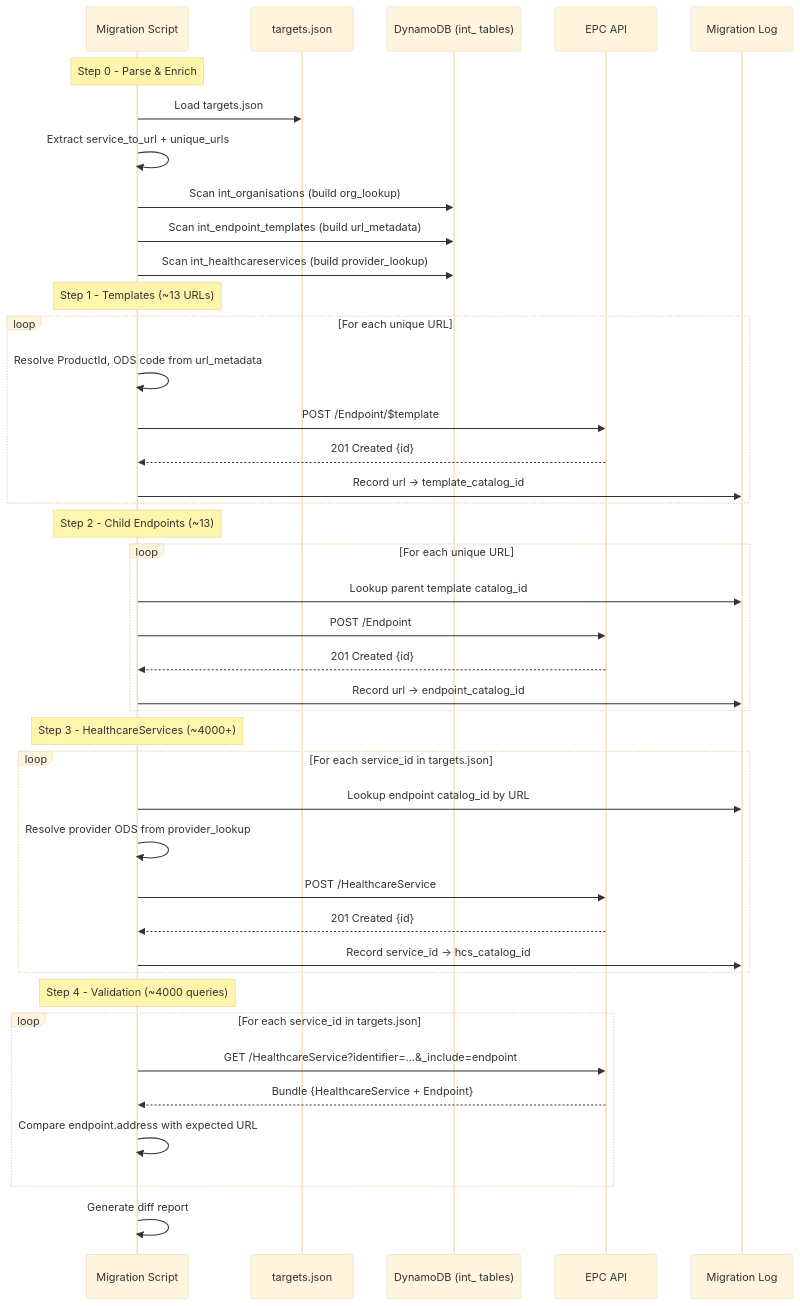
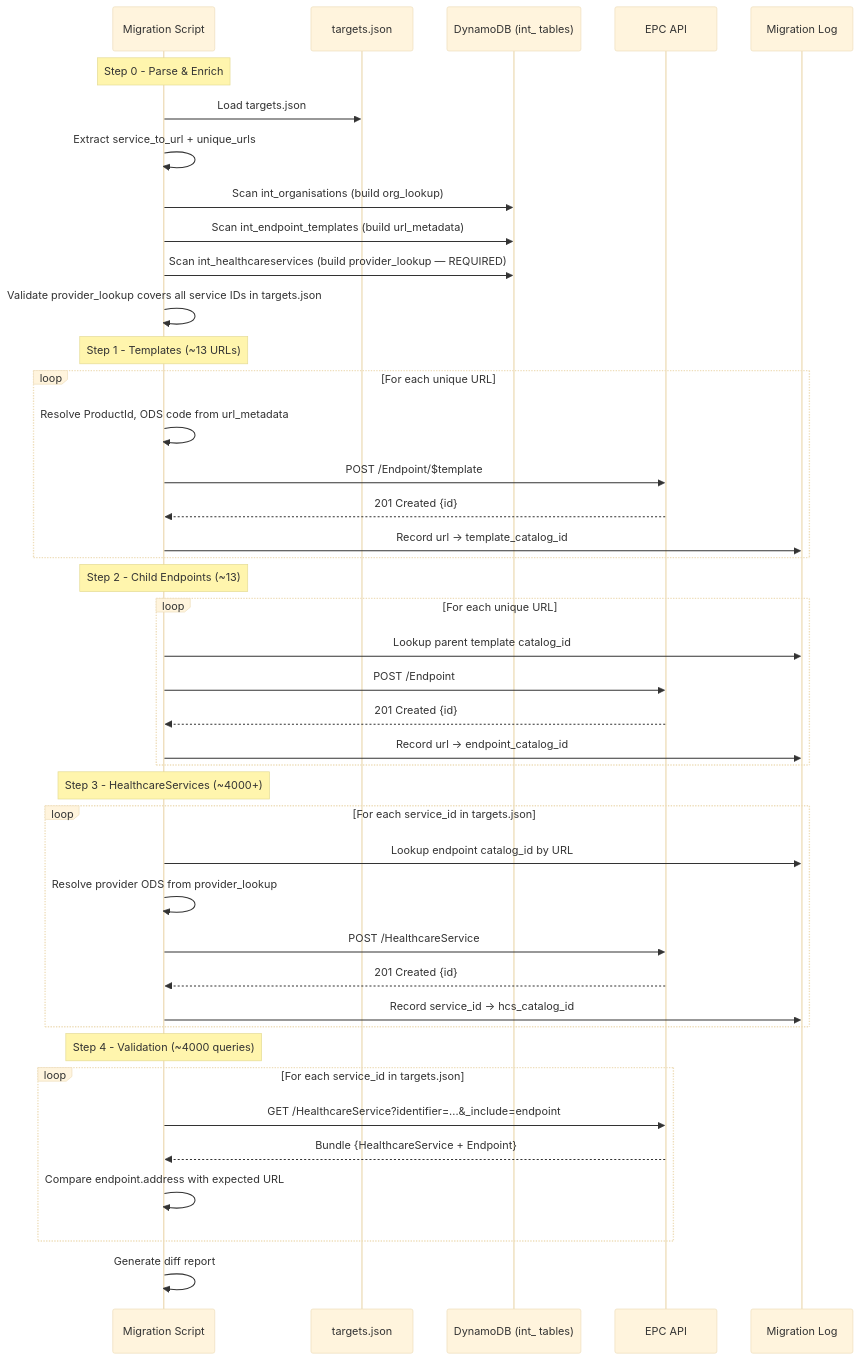
Before and after one commit to RichardWardNHSD/epc-work: the second of 2 diagrams in Data Migration/Documentation/migration-from-targets-json.md, drawn with Mermaid (base theme). The commit also changed other lines of this file, not shown here.

Commit message:
Make provider organisation resolution a required part of Step 0, not optional enrichment

````diff
--- a/Data Migration/Documentation/migration-from-targets-json.md
+++ b/Data Migration/Documentation/migration-from-targets-json.md
@@ -533,48 +586,49 @@
 ```mermaid
 sequenceDiagram
     participant Script as Migration Script
     participant TJ as targets.json
     participant DDB as DynamoDB (int_ tables)
     participant EPC as EPC API
     participant Log as Migration Log
 
     Note over Script: Step 0 - Parse & Enrich
     Script->>TJ: Load targets.json
     Script->>Script: Extract service_to_url + unique_urls
     Script->>DDB: Scan int_organisations (build org_lookup)
     Script->>DDB: Scan int_endpoint_templates (build url_metadata)
-    Script->>DDB: Scan int_healthcareservices (build provider_lookup)
+    Script->>DDB: Scan int_healthcareservices (build provider_lookup — REQUIRED)
+    Script->>Script: Validate provider_lookup covers all service IDs in targets.json
 
     Note over Script: Step 1 - Templates (~13 URLs)
     loop For each unique URL
         Script->>Script: Resolve ProductId, ODS code from url_metadata
         Script->>EPC: POST /Endpoint/$template
         EPC-->>Script: 201 Created {id}
         Script->>Log: Record url → template_catalog_id
     end
 
     Note over Script: Step 2 - Child Endpoints (~13)
     loop For each unique URL
         Script->>Log: Lookup parent template catalog_id
         Script->>EPC: POST /Endpoint
         EPC-->>Script: 201 Created {id}
         Script->>Log: Record url → endpoint_catalog_id
     end
 
     Note over Script: Step 3 - HealthcareServices (~4000+)
     loop For each service_id in targets.json
         Script->>Log: Lookup endpoint catalog_id by URL
         Script->>Script: Resolve provider ODS from provider_lookup
         Script->>EPC: POST /HealthcareService
         EPC-->>Script: 201 Created {id}
         Script->>Log: Record service_id → hcs_catalog_id
     end
 
     Note over Script: Step 4 - Validation (~4000 queries)
     loop For each service_id in targets.json
         Script->>EPC: GET /HealthcareService?identifier=...&_include=endpoint
         EPC-->>Script: Bundle {HealthcareService + Endpoint}
         Script->>Script: Compare endpoint.address with expected URL
     end
     Script->>Script: Generate diff report
 ```
````
